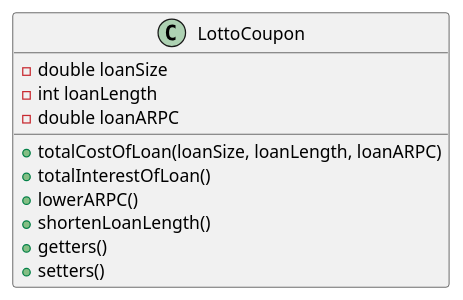
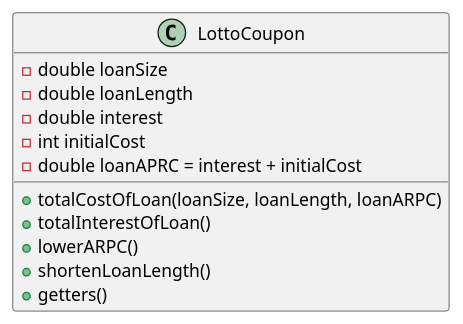
One commit to jonbertelsen/lifehackB changed the diagram in documentation/loancalc/class diagram.puml. Above: the diagram before and after it, drawn with PlantUML. The commit also changed 1 other file, not shown here.

Commit message:
Diagrams done

```diff
--- a/documentation/loancalc/class diagram.puml
+++ b/documentation/loancalc/class diagram.puml
@@ -1,17 +1,18 @@
 @startuml
 'https://plantuml.com/class-diagram
 
 class LottoCoupon {
     - double loanSize
-    - int loanLength
-    - double loanARPC
+    - double loanLength
+    - double interest
+    - int initialCost
+    - double loanAPRC = interest + initialCost
 
     + totalCostOfLoan(loanSize, loanLength, loanARPC)
     + totalInterestOfLoan()
     + lowerARPC()
     + shortenLoanLength()
     + getters()
-    + setters()
 }
 
 @enduml
```
